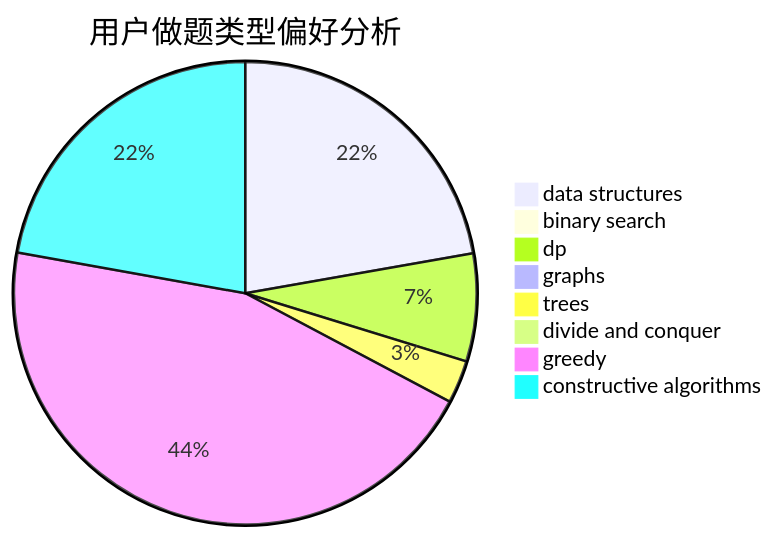
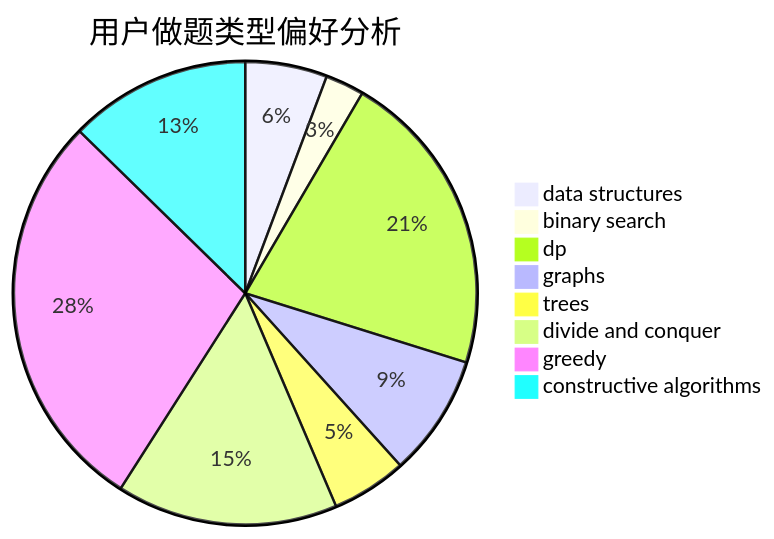
The second of 3 diagrams in docs/user/u1214.md (sherpahu/cfrs.github.io), drawn with Mermaid before and after one commit. The commit also changed other lines of this file and 2770 other files, not shown here.

````diff
--- a/docs/user/u1214.md
+++ b/docs/user/u1214.md
@@ -23,11 +23,11 @@
 ```mermaid
 pie title 用户做题类型偏好分析
-    "data structures" :  452
-    "binary search" :  20
-    "dp" :  153
-    "graphs" :  8
-    "trees" :  61
-    "divide and conquer" :  8
-    "greedy" :  916
-    "constructive algorithms" :  451
+    "data structures" :  74
+    "binary search" :  35
+    "dp" :  277
+    "graphs" :  110
+    "trees" :  68
+    "divide and conquer" :  200
+    "greedy" :  366
+    "constructive algorithms" :  164
 ```
````
